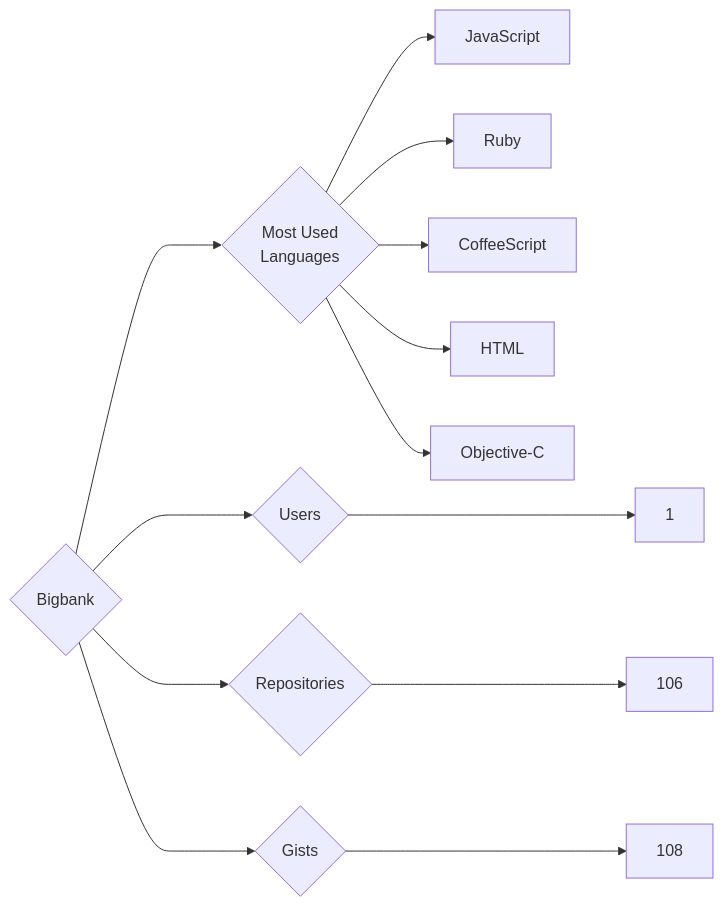
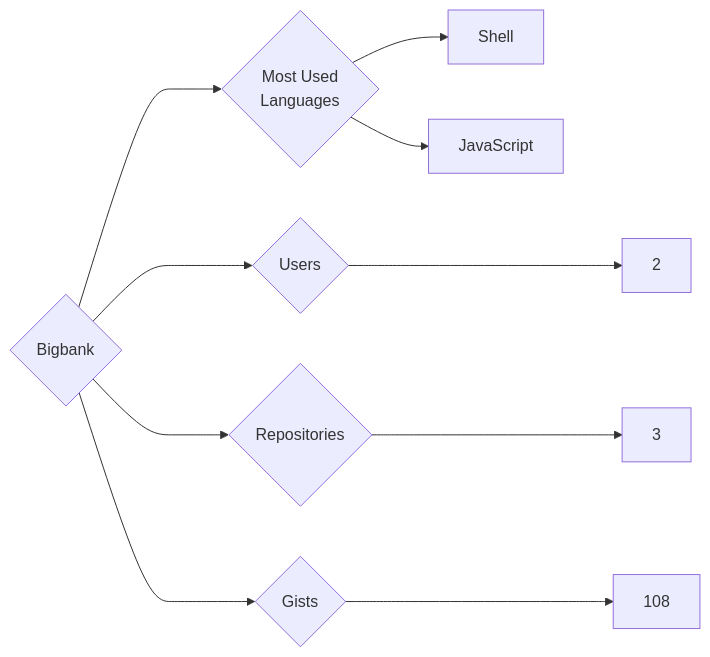
One commit to trickest/insiders changed the diagram in targets/Bigbank/README.md. Above: the diagram before and after it, drawn with Mermaid. The commit also changed 718 other files, not shown here.

````diff
--- a/targets/Bigbank/README.md
+++ b/targets/Bigbank/README.md
@@ -3,13 +3,10 @@
 ```mermaid
 graph LR
 COMPANY_NAME{Bigbank}
-COMPANY_NAME ---> U{Users} ---> UN[1]
-COMPANY_NAME ---> R{Repositories} ---> RN[106]
+COMPANY_NAME ---> U{Users} ---> UN[2]
+COMPANY_NAME ---> R{Repositories} ---> RN[3]
 COMPANY_NAME ---> G{Gists} ---> GN[108]
 COMPANY_NAME ---> ML{Most Used<br>Languages}
+ML --> Shell[Shell]
 ML --> JavaScript[JavaScript]
-ML --> Ruby[Ruby]
-ML --> CoffeeScript[CoffeeScript]
-ML --> HTML[HTML]
-ML --> Objective-C[Objective-C]
 ```
````
